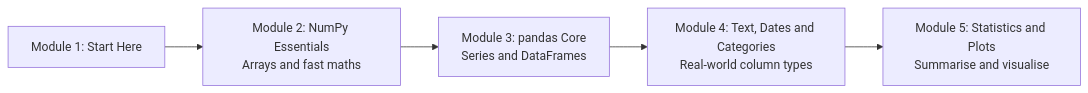
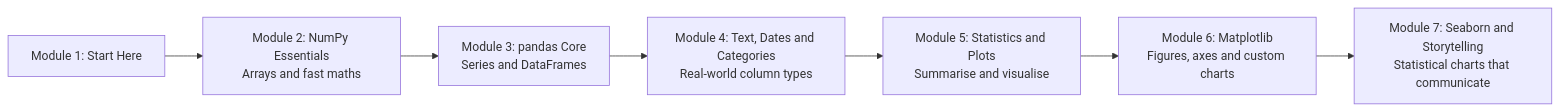
One commit to sourabh1996/sourabh1996.github.io changed the diagram in courses/data-analysis-and-visualisation-with-python/01-start-here/how-this-course-works.md. Above: the diagram before and after it, drawn with Mermaid. The commit also changed other lines of this file and 2 other files, not shown here.

````diff
--- a/courses/data-analysis-and-visualisation-with-python/01-start-here/how-this-course-works.md
+++ b/courses/data-analysis-and-visualisation-with-python/01-start-here/how-this-course-works.md
@@ -41,7 +43,9 @@
 ```mermaid
 flowchart LR
   A["Module 1: Start Here"] --> B["Module 2: NumPy Essentials<br/>Arrays and fast maths"]
   B --> C["Module 3: pandas Core<br/>Series and DataFrames"]
   C --> D["Module 4: Text, Dates and Categories<br/>Real-world column types"]
   D --> E["Module 5: Statistics and Plots<br/>Summarise and visualise"]
+  E --> F["Module 6: Matplotlib<br/>Figures, axes and custom charts"]
+  F --> G["Module 7: Seaborn and Storytelling<br/>Statistical charts that communicate"]
 ```
````
